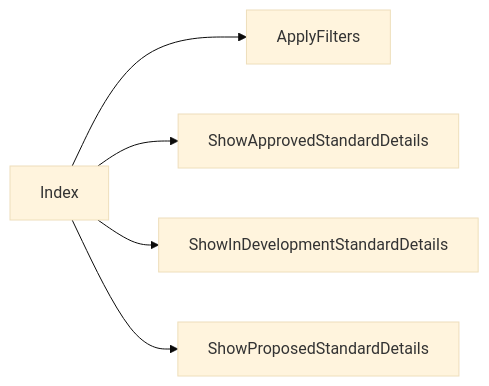
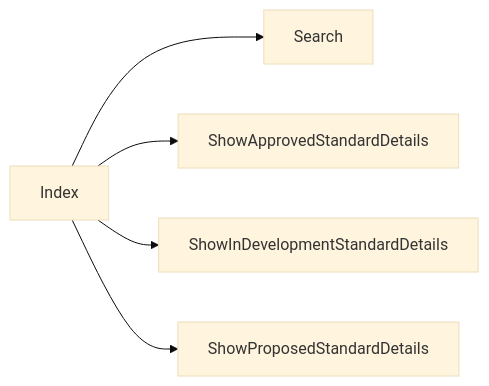
The second of 7 diagrams in das-assessor-service/user-journeys/user-journeys.md (talentconsulting/atlas-dfe), drawn with Mermaid (base theme) before and after one commit. The commit also changed other lines of this file and 1 other file, not shown here.

````diff
--- a/das-assessor-service/user-journeys/user-journeys.md
+++ b/das-assessor-service/user-journeys/user-journeys.md
@@ -48,7 +23,7 @@
 ```mermaid
 flowchart LR
-  p0["Index"] --> p1["ApplyFilters"]
+  p0["Index"] --> p1["Search"]
   p0["Index"] --> p2["ShowApprovedStandardDetails"]
   p0["Index"] --> p3["ShowInDevelopmentStandardDetails"]
   p0["Index"] --> p4["ShowProposedStandardDetails"]
 ```
````
